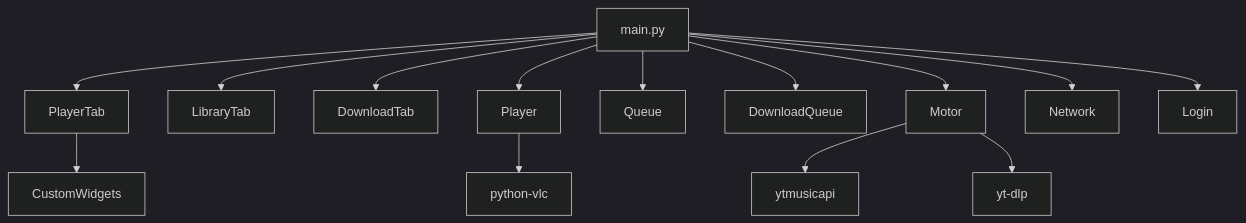
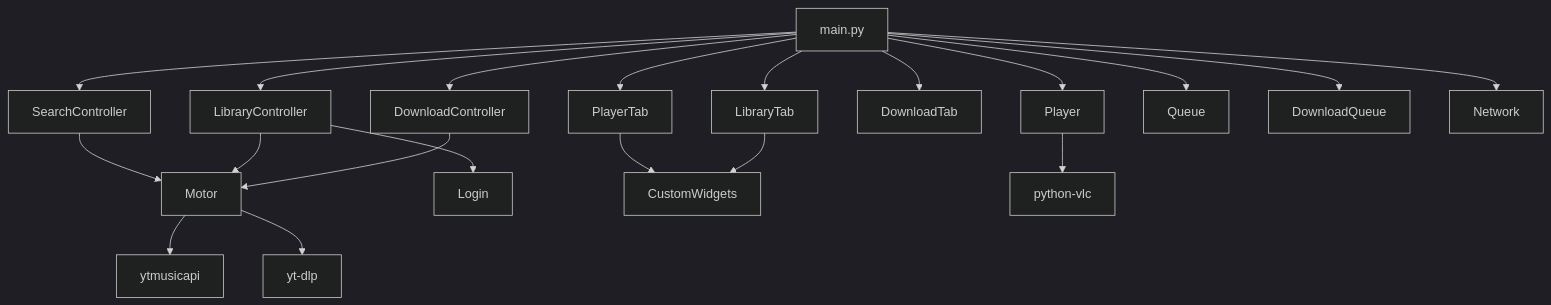
Before and after one commit to Adambabb/ReproBabb: the diagram in README.md, drawn with Mermaid (dark theme). The commit also changed other lines of this file and 13 other files, not shown here.

````diff
--- a/README.md
+++ b/README.md
@@ -80,16 +95,22 @@
 ```mermaid
 graph TD
-    main[main.py] --> PT[PlayerTab]
+    main[main.py] --> SC[SearchController]
+    main --> LC[LibraryController]
+    main --> DC[DownloadController]
+    main --> PT[PlayerTab]
     main --> LT[LibraryTab]
     main --> DT[DownloadTab]
     main --> P[Player]
     main --> Q[Queue]
     main --> DQ[DownloadQueue]
-    main --> M[Motor]
     main --> N[Network]
-    main --> L[Login]
+    SC --> M[Motor]
+    LC --> M
+    LC --> L[Login]
+    DC --> M
     PT --> CW[CustomWidgets]
+    LT --> CW
     M --> YTM[ytmusicapi]
     M --> YDL[yt-dlp]
     P --> VLC[python-vlc]
 ```
````
